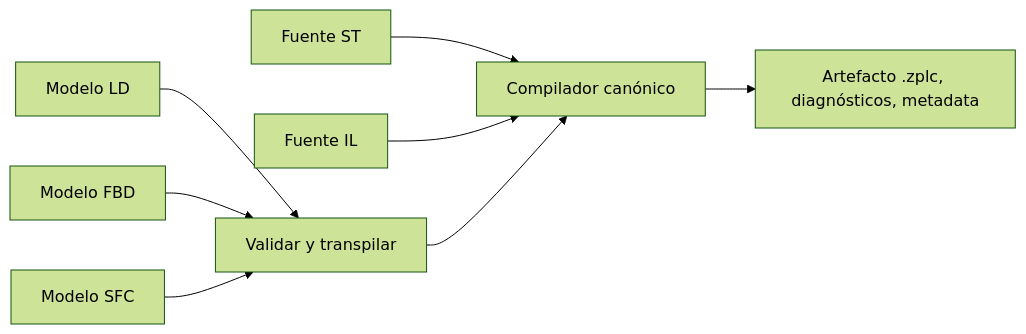
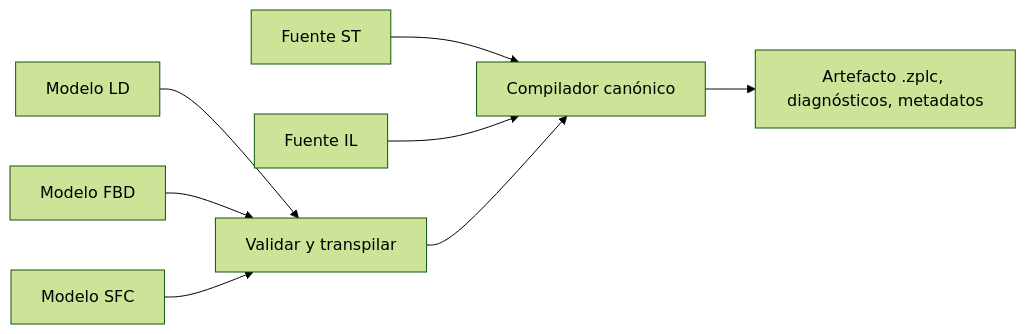
One commit to eduardojvieira/ZPLC changed the diagram in docs/i18n/es/docusaurus-plugin-content-docs/current/ide/compiler.md. Above: the diagram before and after it, drawn with Mermaid (forest theme). The commit also changed other lines of this file and 34 other files, not shown here.

````diff
--- a/docs/i18n/es/docusaurus-plugin-content-docs/current/ide/compiler.md
+++ b/docs/i18n/es/docusaurus-plugin-content-docs/current/ide/compiler.md
@@ -14,10 +15,10 @@
 ```mermaid
 flowchart LR
   ST[Fuente ST] --> Compile[Compilador canónico]
   IL[Fuente IL] --> Compile
   LD[Modelo LD] --> Transpile[Validar y transpilar]
   FBD[Modelo FBD] --> Transpile
   SFC[Modelo SFC] --> Transpile
   Transpile --> Compile
-  Compile --> Artifact[Artefacto .zplc, diagnósticos, metadata]
+  Compile --> Artifact[Artefacto .zplc, diagnósticos, metadatos]
 ```
````
